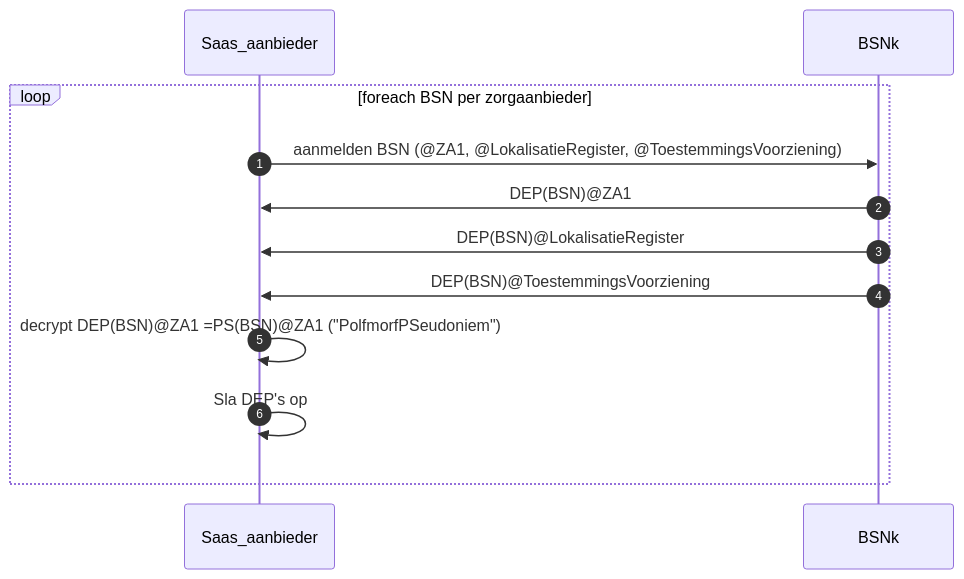
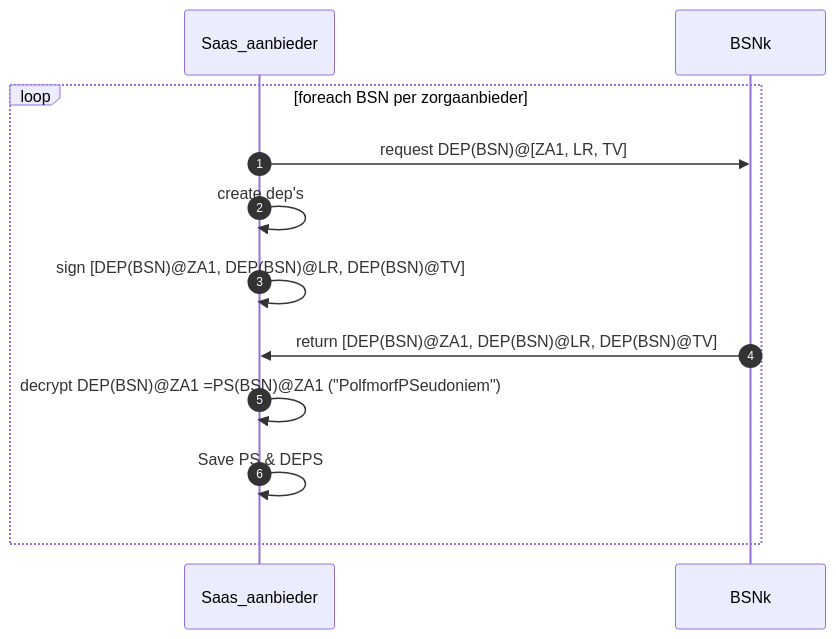
Before and after one commit to minvws/generiekefuncties-lokalisatie: the second of 4 diagrams in architectuur/sequentie-diagrammen.md, drawn with Mermaid. The commit also changed other lines of this file, not shown here.

````diff
--- a/architectuur/sequentie-diagrammen.md
+++ b/architectuur/sequentie-diagrammen.md
@@ -19,12 +19,12 @@
 ```mermaid
 sequenceDiagram
 autonumber
 loop foreach BSN per zorgaanbieder
-  Saas_aanbieder ->> BSNk: aanmelden BSN (@ZA1, @LokalisatieRegister, @ToestemmingsVoorziening)
-  BSNk ->> Saas_aanbieder:  DEP(BSN)@ZA1
-  BSNk ->> Saas_aanbieder:  DEP(BSN)@LokalisatieRegister
-  BSNk ->> Saas_aanbieder:  DEP(BSN)@ToestemmingsVoorziening
+  Saas_aanbieder ->> BSNk: request DEP(BSN)@[ZA1, LR, TV]
+  Saas_aanbieder ->> Saas_aanbieder: create dep's
+  Saas_aanbieder ->> Saas_aanbieder: sign [DEP(BSN)@ZA1, DEP(BSN)@LR, DEP(BSN)@TV]
+  BSNk ->> Saas_aanbieder:  return [DEP(BSN)@ZA1, DEP(BSN)@LR, DEP(BSN)@TV]
   Saas_aanbieder ->> Saas_aanbieder:  decrypt DEP(BSN)@ZA1 =PS(BSN)@ZA1 ("PolfmorfPSeudoniem")
-  Saas_aanbieder ->> Saas_aanbieder:  Sla DEP's op
+  Saas_aanbieder ->> Saas_aanbieder:  Save PS & DEPS
 end
 ```
````
